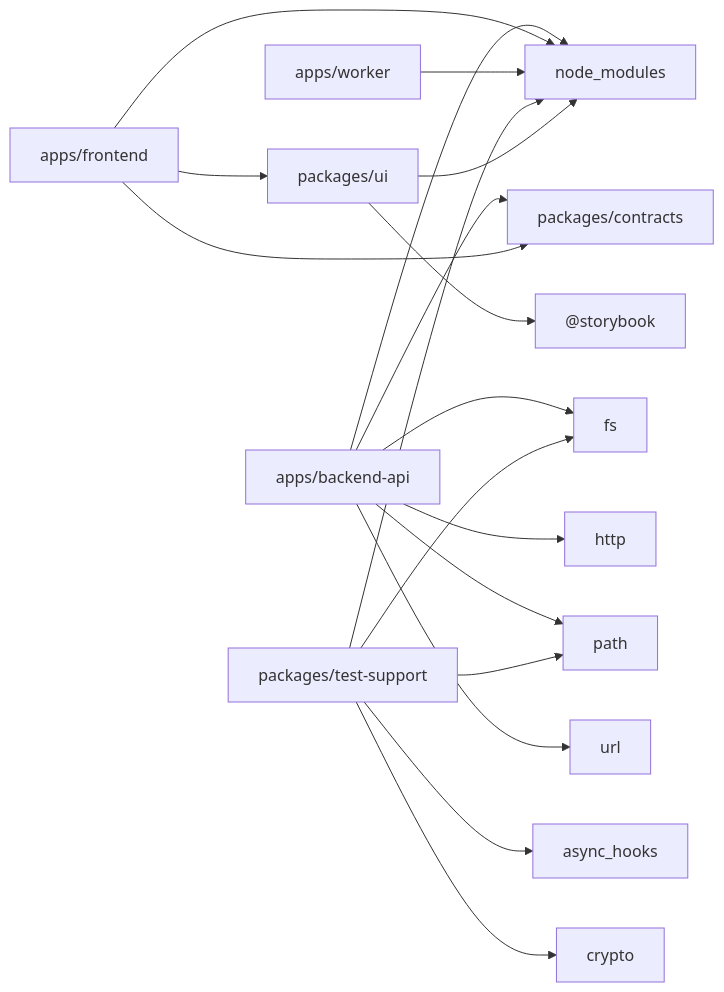
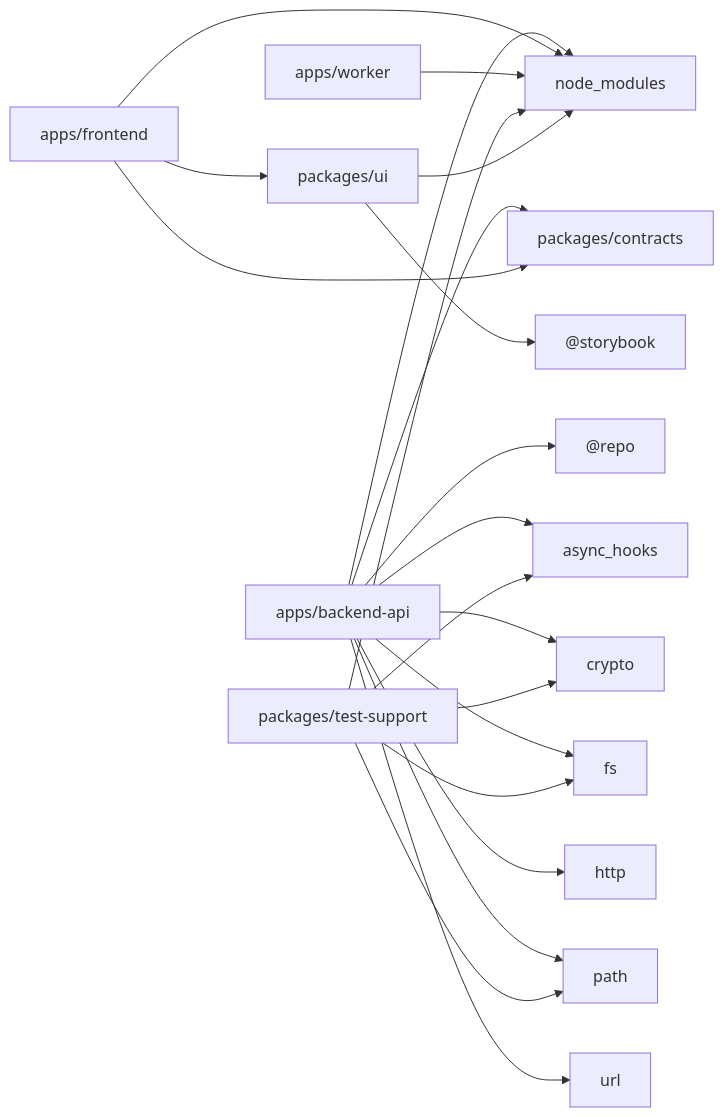
Before and after one commit to suwa-sh/suwa-sh-claude-plugins: the diagram in samples/distillery2/library-loan/docs/as-built/_system/dependency-graph.md, drawn with Mermaid. The commit also changed other lines of this file and 249 other files, not shown here.

````diff
--- a/samples/distillery2/library-loan/docs/as-built/_system/dependency-graph.md
+++ b/samples/distillery2/library-loan/docs/as-built/_system/dependency-graph.md
@@ -7,34 +7,38 @@
 ```mermaid
 graph LR
+  n__repo["@repo"]
   n__storybook["@storybook"]
   n_apps_backend_api["apps/backend-api"]
   n_apps_frontend["apps/frontend"]
   n_apps_worker["apps/worker"]
   n_async_hooks["async_hooks"]
   n_crypto["crypto"]
   n_fs["fs"]
   n_http["http"]
   n_node_modules["node_modules"]
   n_packages_contracts["packages/contracts"]
   n_packages_test_support["packages/test-support"]
   n_packages_ui["packages/ui"]
   n_path["path"]
   n_url["url"]
+  n_apps_backend_api --> n__repo
+  n_apps_backend_api --> n_async_hooks
+  n_apps_backend_api --> n_crypto
   n_apps_backend_api --> n_fs
   n_apps_backend_api --> n_http
   n_apps_backend_api --> n_node_modules
   n_apps_backend_api --> n_packages_contracts
   n_apps_backend_api --> n_path
   n_apps_backend_api --> n_url
   n_apps_frontend --> n_node_modules
   n_apps_frontend --> n_packages_contracts
   n_apps_frontend --> n_packages_ui
   n_apps_worker --> n_node_modules
   n_packages_test_support --> n_async_hooks
   n_packages_test_support --> n_crypto
   n_packages_test_support --> n_fs
   n_packages_test_support --> n_node_modules
   n_packages_test_support --> n_path
   n_packages_ui --> n__storybook
   n_packages_ui --> n_node_modules
 ```
````
